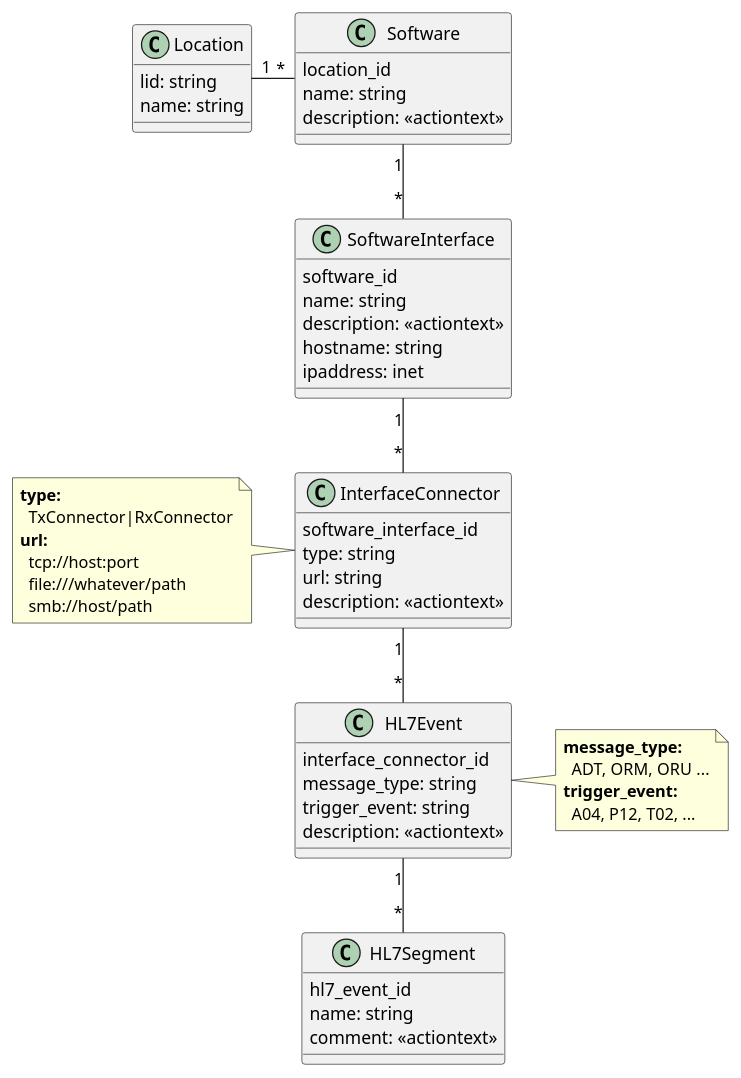
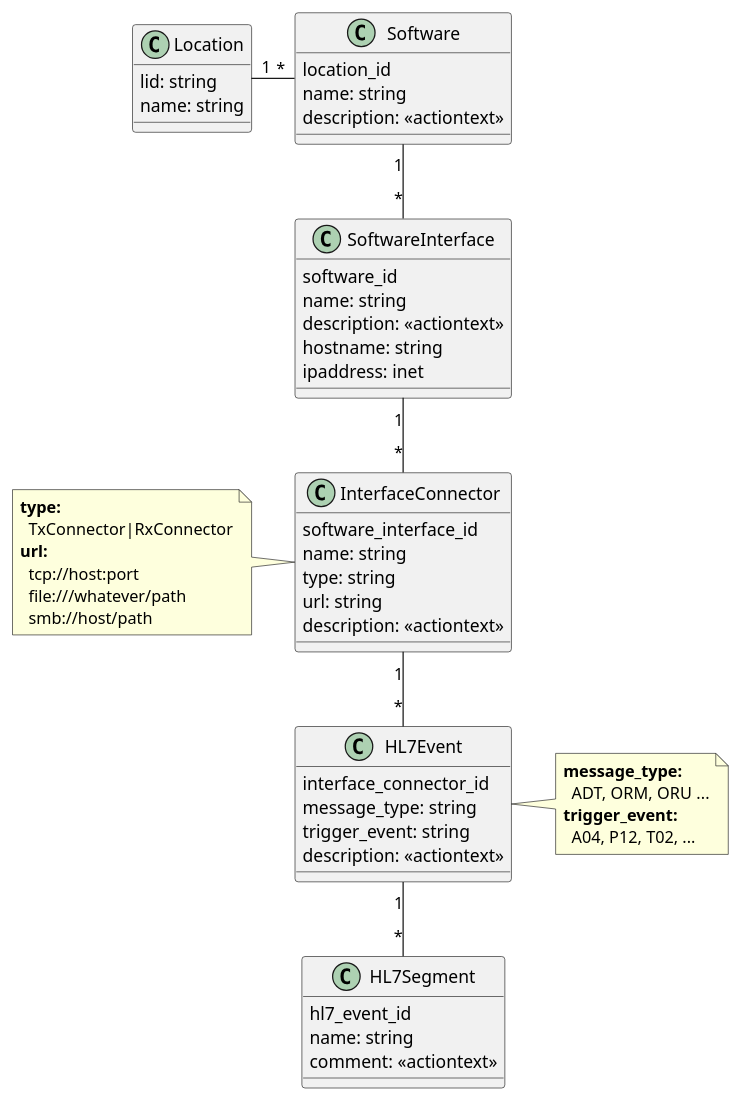
Before and after one commit to swobspace/mirco: the diagram in doc/dev-notes/modules/ROOT/images/software-interfaces.puml, drawn with PlantUML. The commit also changed 4 other files, not shown here.

```diff
--- a/doc/dev-notes/modules/ROOT/images/software-interfaces.puml
+++ b/doc/dev-notes/modules/ROOT/images/software-interfaces.puml
@@ -1,72 +1,73 @@
 @startuml
 
 'skinparam nodesep 60
 
 skinparam interface {
   padding 100
 }
 
 class Location {
   lid: string
   name: string
 }
 
 class Software {
   location_id
   name: string
   description: <<actiontext>>
 }
 
 class SoftwareInterface {
   software_id
   name: string
   description: <<actiontext>>
   hostname: string
   ipaddress: inet
 }
 
 class InterfaceConnector {
   software_interface_id
+  name: string
   type: string
   url: string
   description: <<actiontext>>
 }
 
 note left of InterfaceConnector
 **type:**
   TxConnector|RxConnector
 **url:**
   tcp://host:port
   file:///whatever/path
   smb://host/path
 end note
 
 
 class HL7Event {
   interface_connector_id
   message_type: string
   trigger_event: string
   description: <<actiontext>>
 }
 
 note right of HL7Event
 **message_type:**
   ADT, ORM, ORU ...
 **trigger_event:**
   A04, P12, T02, ...
 end note
 
 Class HL7Segment {
   hl7_event_id
   name: string
   comment: <<actiontext>>
 }
 
 Location "1" - "*" Software
 Software "1" -- "*" SoftwareInterface
 SoftwareInterface "1" -- "*" InterfaceConnector
 
 InterfaceConnector "1" -- "*" HL7Event
 HL7Event "1" -- "*" HL7Segment
 
 @enduml
```
